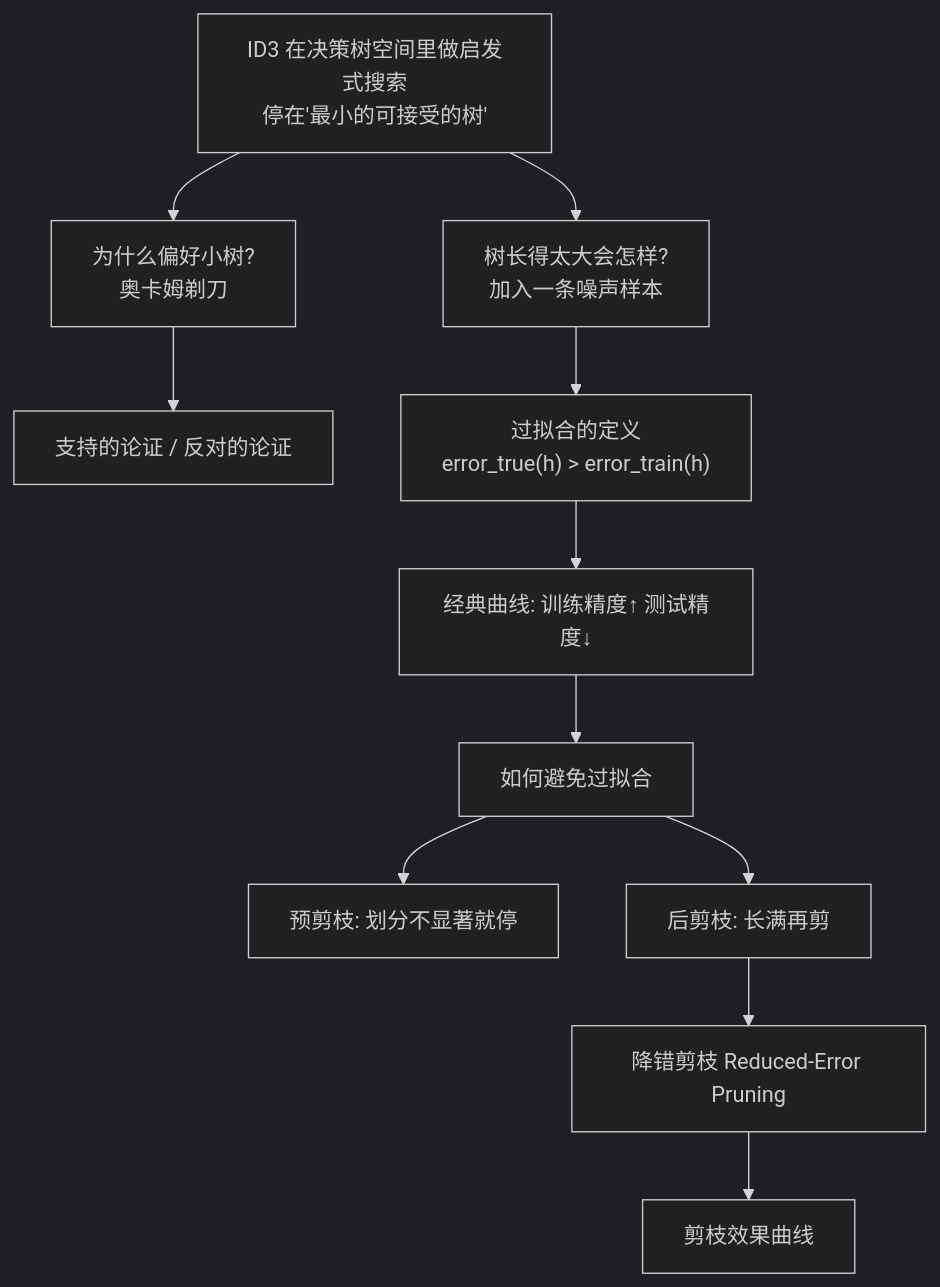
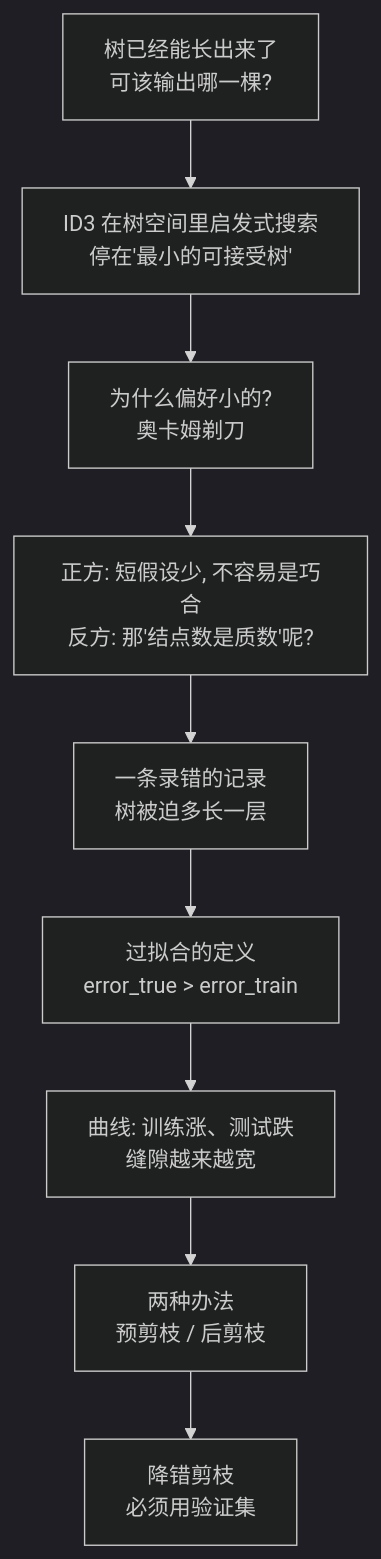
Before and after one commit to KayeAdams515/ClaudeNotes: the first of 2 diagrams in 机器学习/C1.4 过拟合与剪枝.md, drawn with Mermaid (dark theme). The commit also changed other lines of this file and 777 other files, not shown here.

````diff
--- a/机器学习/C1.4 过拟合与剪枝.md
+++ b/机器学习/C1.4 过拟合与剪枝.md
@@ -13,13 +21,11 @@
 ```mermaid
 flowchart TD
-    A["ID3 在决策树空间里做启发式搜索<br/>停在'最小的可接受的树'"] --> B["为什么偏好小树?<br/>奥卡姆剃刀"]
-    B --> C["支持的论证 / 反对的论证"]
-    A --> D["树长得太大会怎样?<br/>加入一条噪声样本"]
-    D --> E["过拟合的定义<br/>error_true(h) > error_train(h)"]
-    E --> F["经典曲线: 训练精度↑ 测试精度↓"]
-    F --> G[如何避免过拟合]
-    G --> G1["预剪枝: 划分不显著就停"]
-    G --> G2["后剪枝: 长满再剪"]
-    G2 --> H["降错剪枝 Reduced-Error Pruning"]
-    H --> I[剪枝效果曲线]
+    A["树已经能长出来了<br/>可该输出哪一棵?"] --> B["ID3 在树空间里启发式搜索<br/>停在'最小的可接受树'"]
+    B --> C["为什么偏好小的?<br/>奥卡姆剃刀"]
+    C --> D["正方: 短假设少, 不容易是巧合<br/>反方: 那'结点数是质数'呢?"]
+    D --> E["一条录错的记录<br/>树被迫多长一层"]
+    E --> F["过拟合的定义<br/>error_true > error_train"]
+    F --> G["曲线: 训练涨、测试跌<br/>缝隙越来越宽"]
+    G --> H["两种办法<br/>预剪枝 / 后剪枝"]
+    H --> I["降错剪枝<br/>必须用验证集"]
 ```
````
